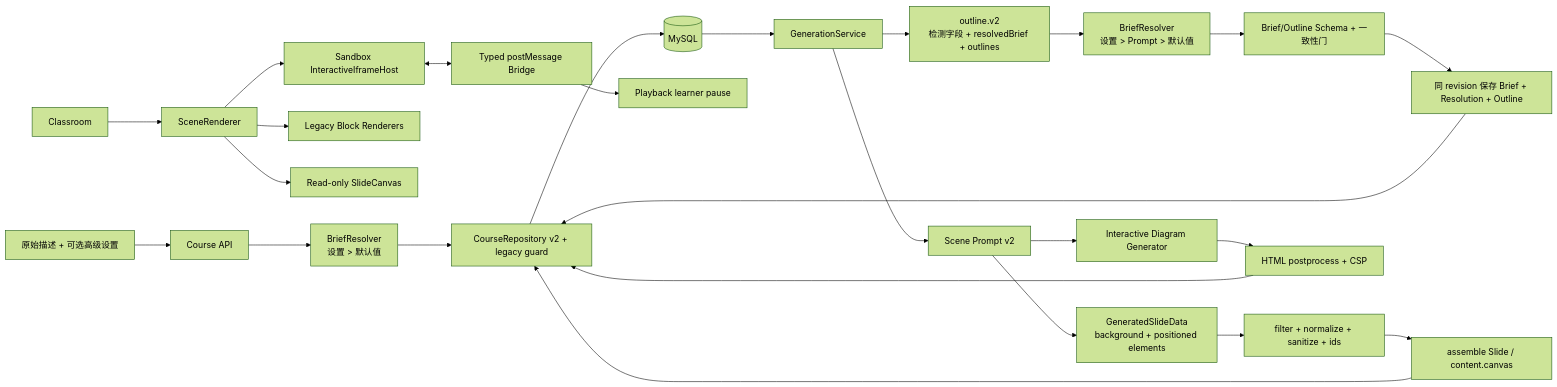
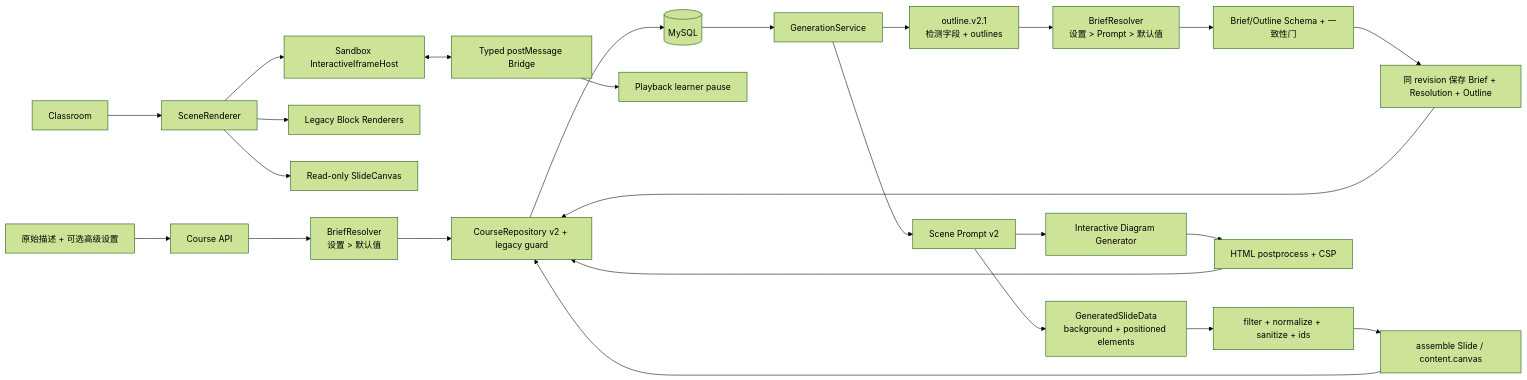
The second of 4 diagrams in docs/03-architecture.md (shuige666666/ai-teaching-assistance-platform), drawn with Mermaid (forest theme) before and after one commit. The commit also changed other lines of this file and 28 other files, not shown here.

````diff
--- a/docs/03-architecture.md
+++ b/docs/03-architecture.md
@@ -251,30 +251,30 @@
 ```mermaid
 flowchart LR
     Input["原始描述 + 可选高级设置"] --> CourseAPI["Course API"]
     CourseAPI --> Provisional["BriefResolver<br/>设置 > 默认值"]
     Provisional --> Repo["CourseRepository v2 + legacy guard"]
     Repo --> DB[(MySQL)]
 
     DB --> Generation["GenerationService"]
-    Generation --> OutlineV2["outline.v2<br/>检测字段 + resolvedBrief + outlines"]
+    Generation --> OutlineV2["outline.v2.1<br/>检测字段 + outlines"]
     OutlineV2 --> Resolve["BriefResolver<br/>设置 > Prompt > 默认值"]
     Resolve --> OutlineGate["Brief/Outline Schema + 一致性门"]
     OutlineGate --> AtomicSave["同 revision 保存 Brief + Resolution + Outline"]
     AtomicSave --> Repo
 
     Generation --> PromptV2["Scene Prompt v2"]
     PromptV2 --> SlideData["GeneratedSlideData<br/>background + positioned elements"]
     SlideData --> Normalize["filter + normalize + sanitize + ids"]
     Normalize --> AssembleSlide["assemble Slide / content.canvas"]
     AssembleSlide --> Repo
     PromptV2 --> InteractiveGen["Interactive Diagram Generator"]
     InteractiveGen --> HtmlGate["HTML postprocess + CSP"]
     HtmlGate --> Repo
 
     Classroom["Classroom"] --> SceneRenderer["SceneRenderer"]
     SceneRenderer --> LegacyBlocks["Legacy Block Renderers"]
     SceneRenderer --> SlideCanvas["Read-only SlideCanvas"]
     SceneRenderer --> IframeHost["Sandbox InteractiveIframeHost"]
     IframeHost <--> Bridge["Typed postMessage Bridge"]
     Bridge --> Player["Playback learner pause"]
 ```
````
